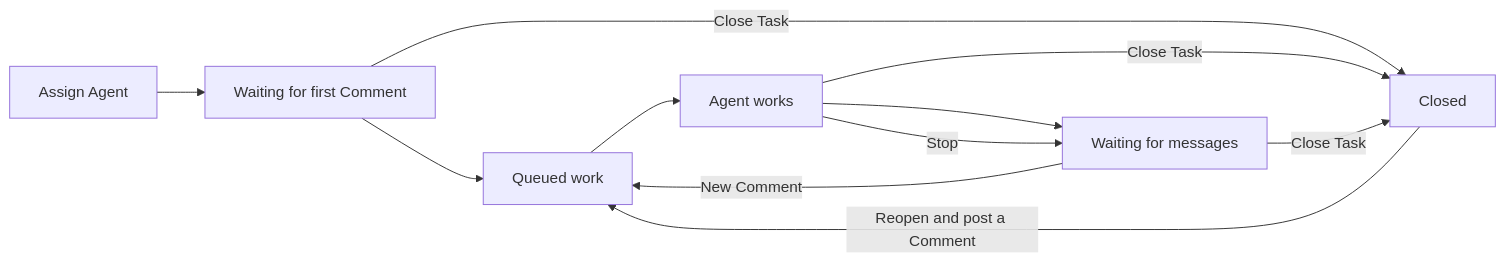
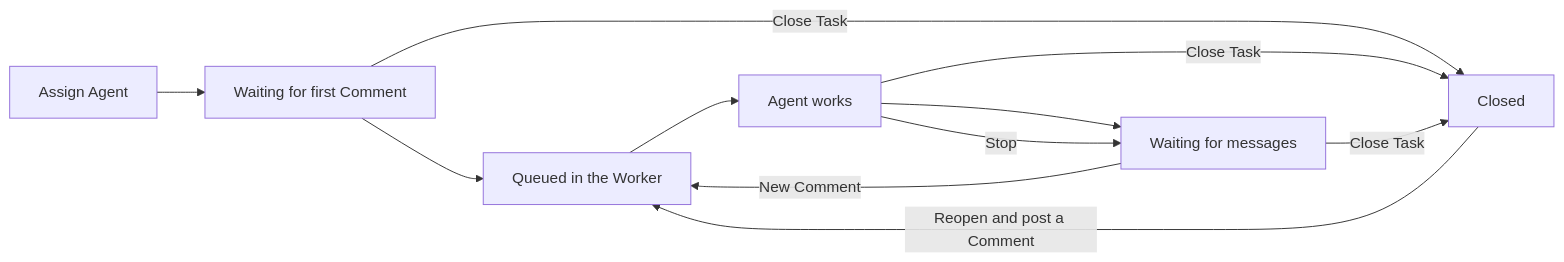
Before and after one commit to mceck/claude-task: the diagram in docs/manual/agent-sessions-and-queues.md, drawn with Mermaid. The commit also changed other lines of this file and 30 other files, not shown here.

````diff
--- a/docs/manual/agent-sessions-and-queues.md
+++ b/docs/manual/agent-sessions-and-queues.md
@@ -41,13 +43,13 @@
 ```mermaid
 flowchart LR
   A[Assign Agent] --> B[Waiting for first Comment]
-  B --> C[Queued work]
+  B --> C[Queued in the Worker]
   C --> D[Agent works]
   D --> E[Waiting for messages]
   E -->|New Comment| C
   D -->|Stop| E
   B -->|Close Task| F[Closed]
   D -->|Close Task| F
   E -->|Close Task| F
   F -->|Reopen and post a Comment| C
 ```
````
